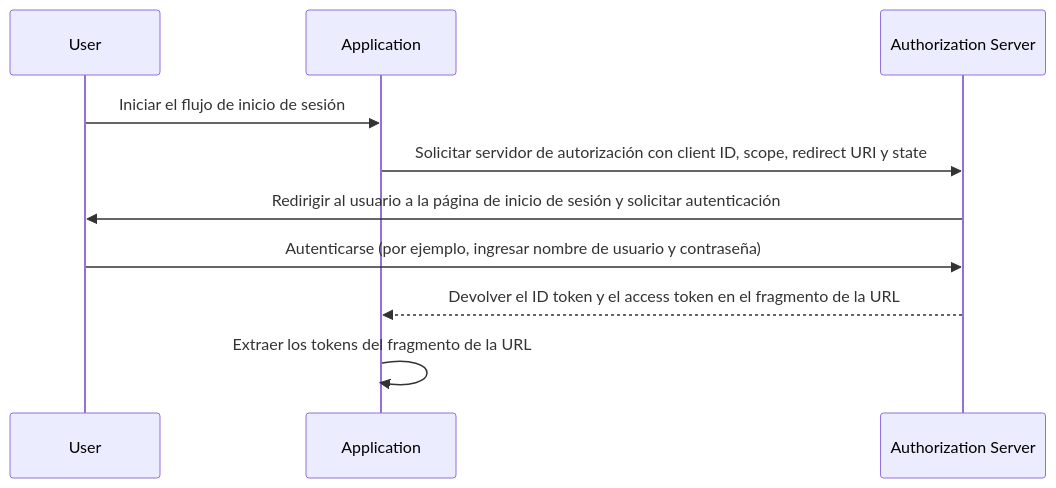
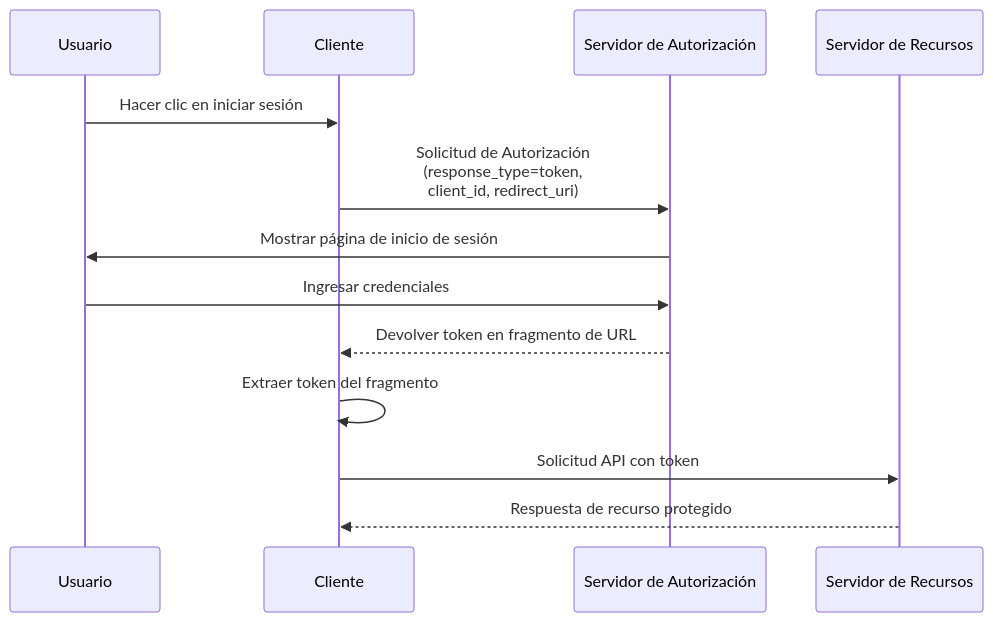
The diagram in src/content/terms/es/implicit-flow.mdx (logto-io/auth-wiki), drawn with Mermaid before and after one commit. The commit also changed other lines of this file and 95 other files, not shown here.

````diff
--- a/src/content/terms/es/implicit-flow.mdx
+++ b/src/content/terms/es/implicit-flow.mdx
@@ -20,12 +19,16 @@
 ```mermaid
 sequenceDiagram
-participant User
-participant Application
-participant Authorization Server
-User->>Application: Iniciar el flujo de inicio de sesión
-Application->>Authorization Server: Solicitar servidor de autorización con client ID, scope, redirect URI y state
-Authorization Server->>User: Redirigir al usuario a la página de inicio de sesión y solicitar autenticación
-User->>Authorization Server: Autenticarse (por ejemplo, ingresar nombre de usuario y contraseña)
-Authorization Server -->>Application: Devolver el ID token y el access token en el fragmento de la URL
-Application->>Application: Extraer los tokens del fragmento de la URL
+  participant U as Usuario
+  participant C as Cliente
+  participant AS as Servidor de Autorización
+  participant RS as Servidor de Recursos
+
+  U->>C: Hacer clic en iniciar sesión
+  C->>AS: Solicitud de Autorización<br/>(response_type=token,<br/>client_id, redirect_uri)
+  AS->>U: Mostrar página de inicio de sesión
+  U->>AS: Ingresar credenciales
+  AS-->>C: Devolver token en fragmento de URL
+  C->>C: Extraer token del fragmento
+  C->>RS: Solicitud API con token
+  RS-->>C: Respuesta de recurso protegido
 ```
````
